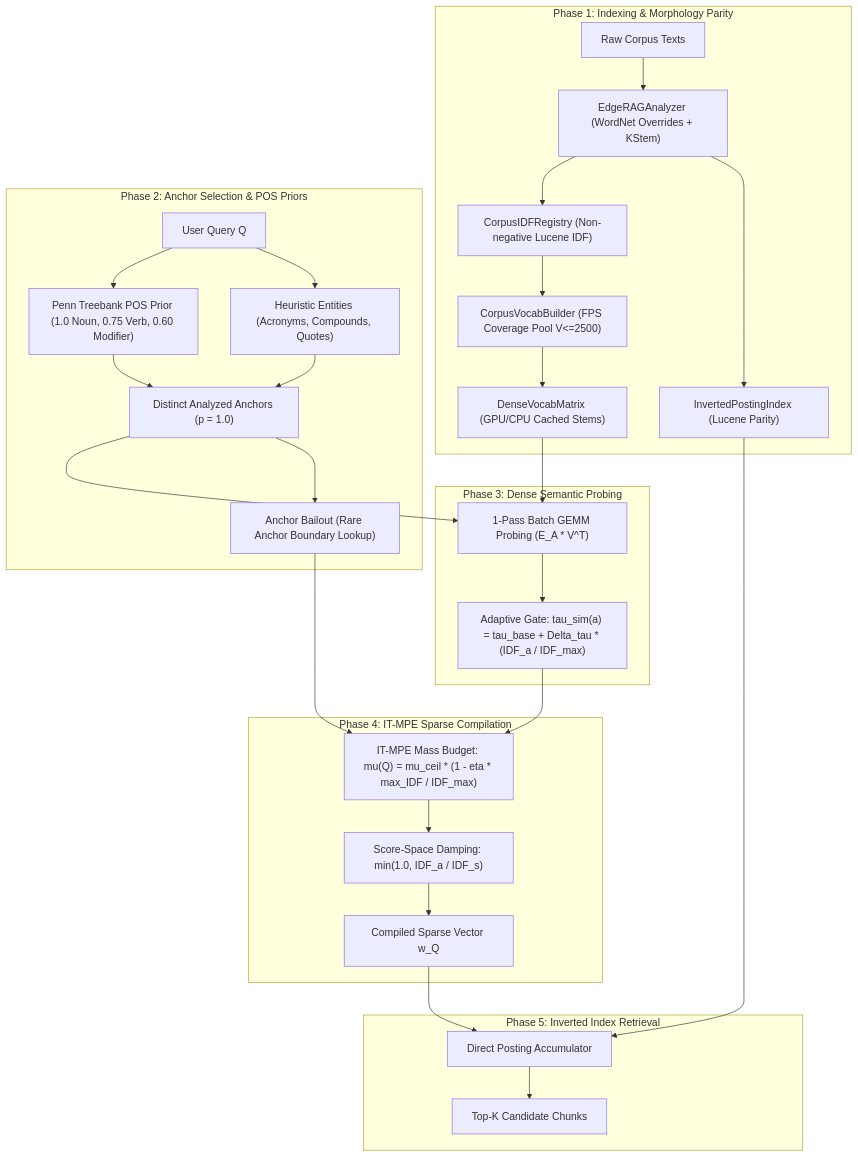
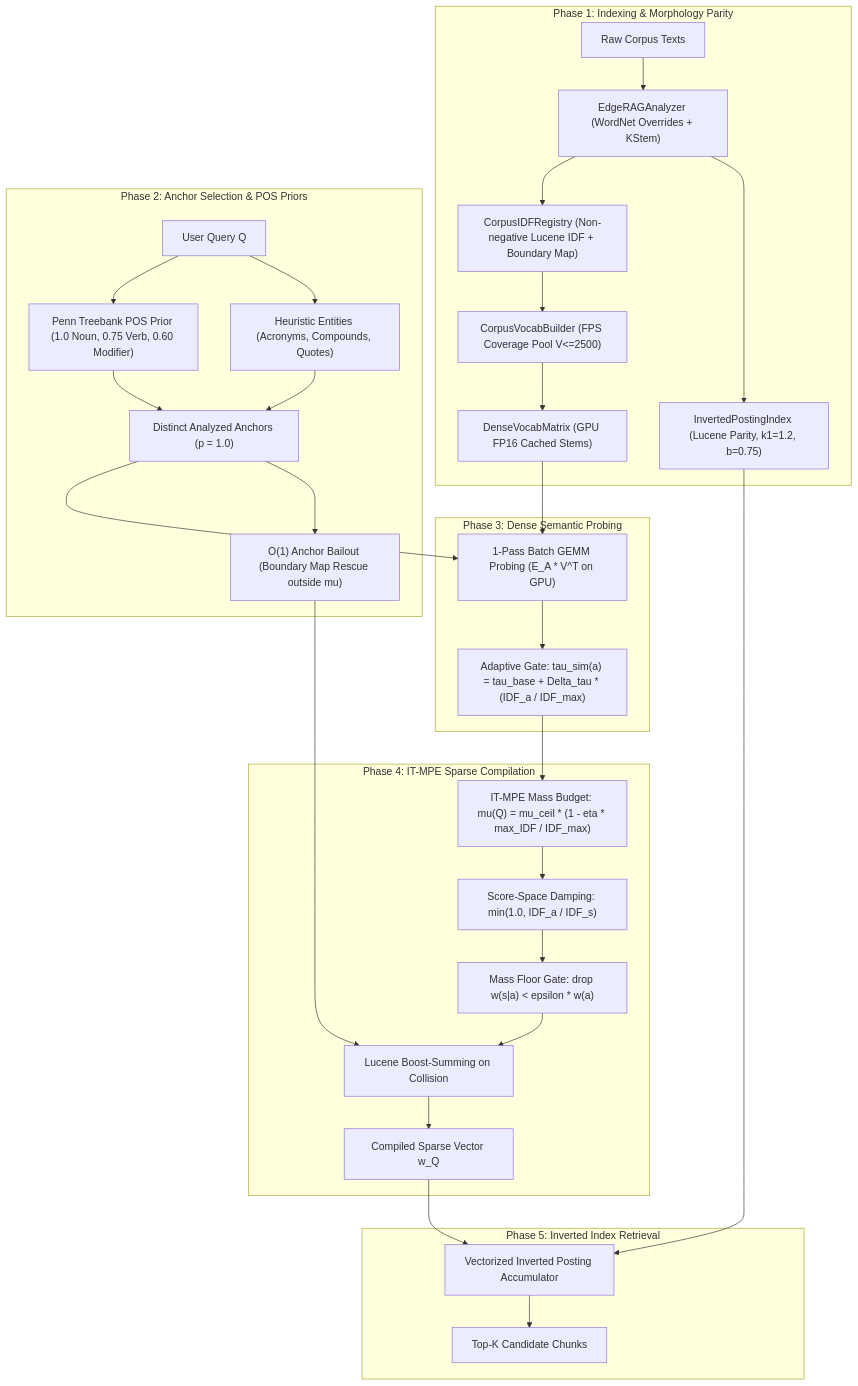
The diagram in src/pipeline_v2/expansion/pathway_v7_anchored_retriever.md (spchjken/Edge-RAG), drawn with Mermaid before and after one commit. The commit also changed other lines of this file and 4 other files, not shown here.

````diff
--- a/src/pipeline_v2/expansion/pathway_v7_anchored_retriever.md
+++ b/src/pipeline_v2/expansion/pathway_v7_anchored_retriever.md
@@ -12,33 +12,35 @@
 ```mermaid
 flowchart TD
     subgraph P1["Phase 1: Indexing & Morphology Parity"]
         RawDocs["Raw Corpus Texts"] --> Analyzer["EdgeRAGAnalyzer (WordNet Overrides + KStem)"]
-        Analyzer --> InvertedIdx["InvertedPostingIndex (Lucene Parity)"]
-        Analyzer --> Reg["CorpusIDFRegistry (Non-negative Lucene IDF)"]
+        Analyzer --> InvertedIdx["InvertedPostingIndex (Lucene Parity, k1=1.2, b=0.75)"]
+        Analyzer --> Reg["CorpusIDFRegistry (Non-negative Lucene IDF + Boundary Map)"]
         Reg --> Vocab["CorpusVocabBuilder (FPS Coverage Pool V<=2500)"]
-        Vocab --> DenseMatrix["DenseVocabMatrix (GPU/CPU Cached Stems)"]
+        Vocab --> DenseMatrix["DenseVocabMatrix (GPU FP16 Cached Stems)"]
     end
 
     subgraph P2["Phase 2: Anchor Selection & POS Priors"]
         Query["User Query Q"] --> RegEx["Heuristic Entities (Acronyms, Compounds, Quotes)"]
         Query --> POS["Penn Treebank POS Prior (1.0 Noun, 0.75 Verb, 0.60 Modifier)"]
         RegEx & POS --> Anchors["Distinct Analyzed Anchors (p = 1.0)"]
-        Anchors --> Bailout["Anchor Bailout (Rare Anchor Boundary Lookup)"]
+        Anchors --> Bailout["O(1) Anchor Bailout (Boundary Map Rescue outside mu)"]
     end
 
     subgraph P3["Phase 3: Dense Semantic Probing"]
-        Anchors & DenseMatrix --> GEMM["1-Pass Batch GEMM Probing (E_A * V^T)"]
+        Anchors & DenseMatrix --> GEMM["1-Pass Batch GEMM Probing (E_A * V^T on GPU)"]
         GEMM --> Gate["Adaptive Gate: tau_sim(a) = tau_base + Delta_tau * (IDF_a / IDF_max)"]
     end
 
     subgraph P4["Phase 4: IT-MPE Sparse Compilation"]
-        Gate & Bailout --> Mass["IT-MPE Mass Budget: mu(Q) = mu_ceil * (1 - eta * max_IDF / IDF_max)"]
+        Gate --> Mass["IT-MPE Mass Budget: mu(Q) = mu_ceil * (1 - eta * max_IDF / IDF_max)"]
         Mass --> Damping["Score-Space Damping: min(1.0, IDF_a / IDF_s)"]
-        Damping --> SparseVec["Compiled Sparse Vector w_Q"]
+        Damping --> Floor["Mass Floor Gate: drop w(s|a) < epsilon * w(a)"]
+        Floor & Bailout --> BoostSum["Lucene Boost-Summing on Collision"]
+        BoostSum --> SparseVec["Compiled Sparse Vector w_Q"]
     end
 
     subgraph P5["Phase 5: Inverted Index Retrieval"]
-        SparseVec & InvertedIdx --> FastPostings["Direct Posting Accumulator"]
+        SparseVec & InvertedIdx --> FastPostings["Vectorized Inverted Posting Accumulator"]
         FastPostings --> TopK["Top-K Candidate Chunks"]
     end
 ```
````
